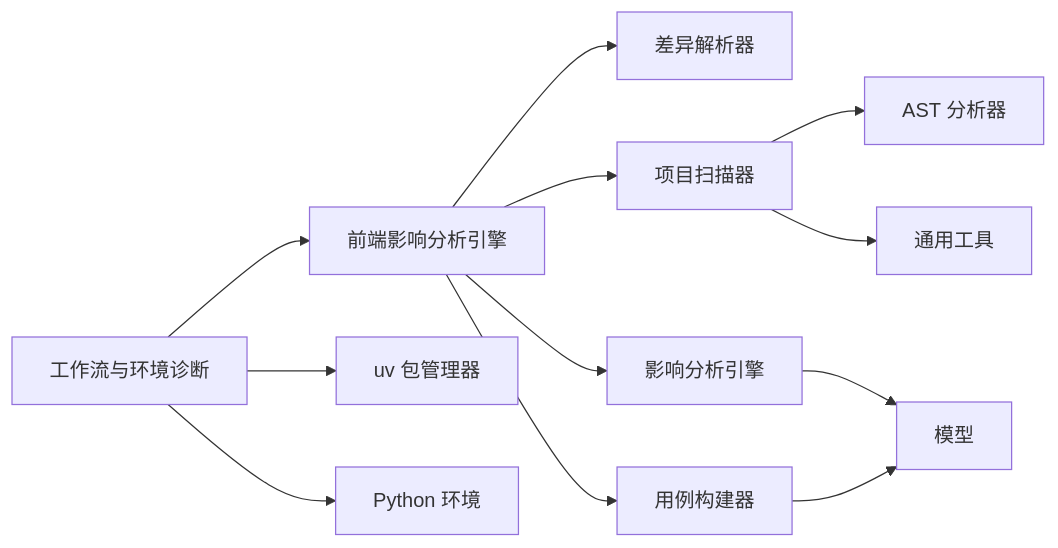
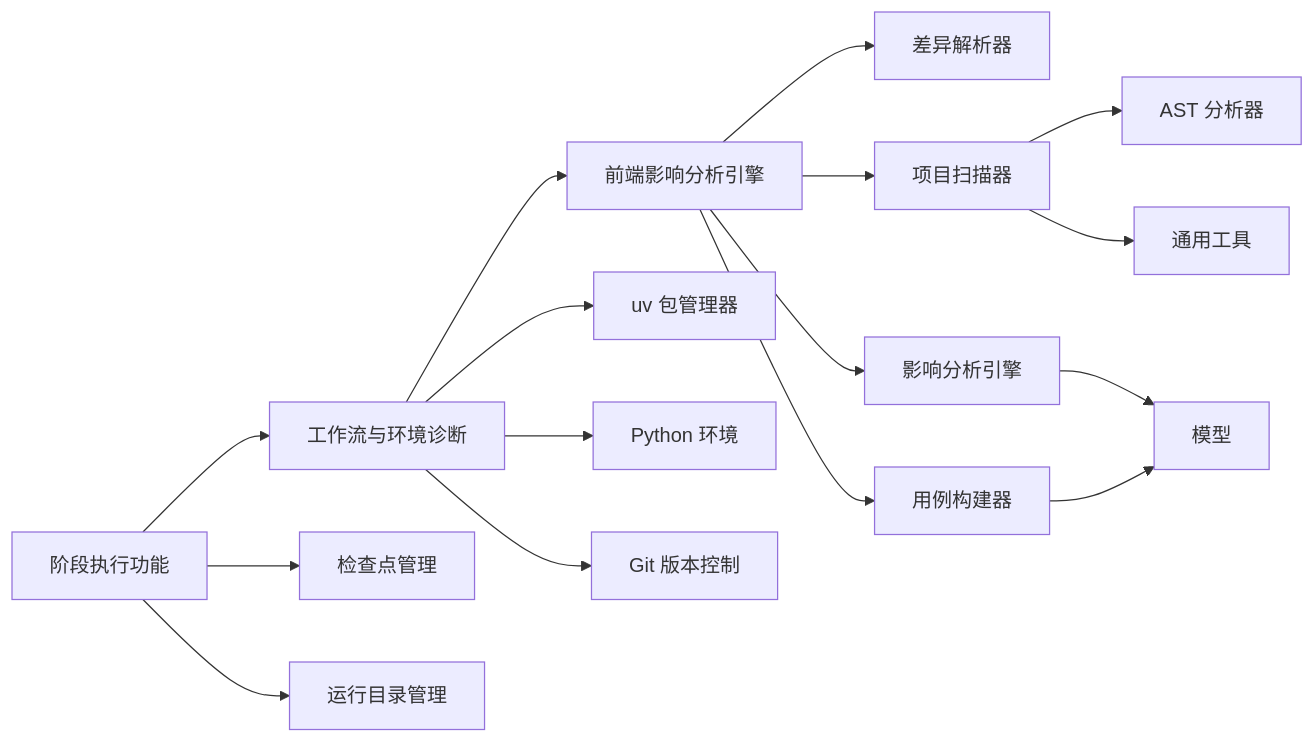
One commit to brand-new-remo/frontend-impact-analyzer changed the tenth of 10 diagrams in .qoder/repowiki/zh/content/高级用法/高级用法.md. Above: the diagram before and after it, drawn with Mermaid. The commit also changed other lines of this file and 8 other files, not shown here.

````diff
--- a/.qoder/repowiki/zh/content/高级用法/高级用法.md
+++ b/.qoder/repowiki/zh/content/高级用法/高级用法.md
@@ -384,14 +446,18 @@
 ```mermaid
 graph LR
 FEIA["前端影响分析引擎"] --> DP["差异解析器"]
 FEIA --> PS["项目扫描器"]
 FEIA --> IE["影响分析引擎"]
 FEIA --> CB["用例构建器"]
 PS --> TA["AST 分析器"]
 PS --> CM["通用工具"]
 IE --> MD["模型"]
 CB --> MD
 WF["工作流与环境诊断"] --> FEIA
 WF --> UV["uv 包管理器"]
 WF --> ENV["Python 环境"]
+WF --> GIT["Git 版本控制"]
+PHASE["阶段执行功能"] --> WF
+PHASE --> CHECKPOINT["检查点管理"]
+PHASE --> RUNDIR["运行目录管理"]
 ```
````
